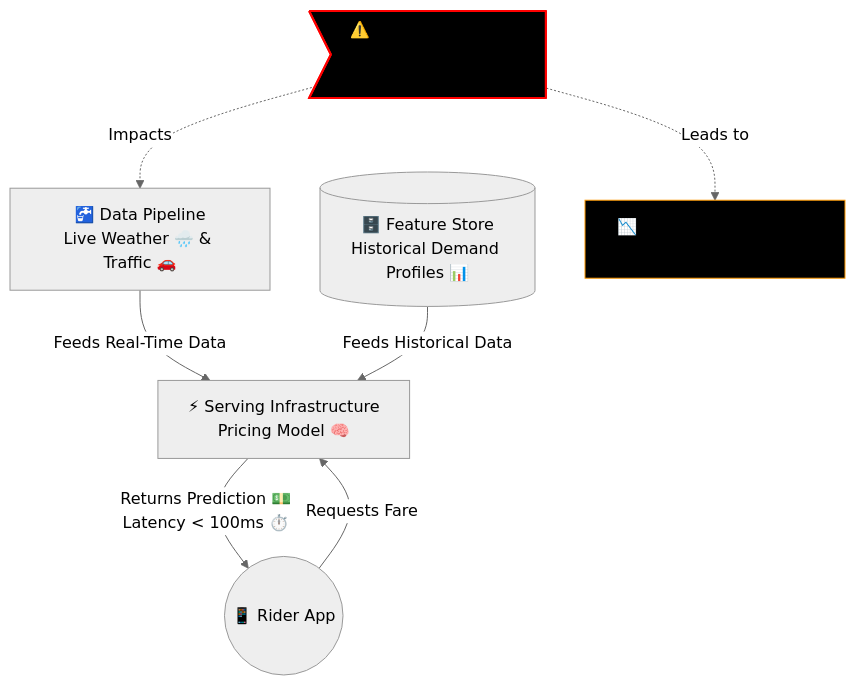
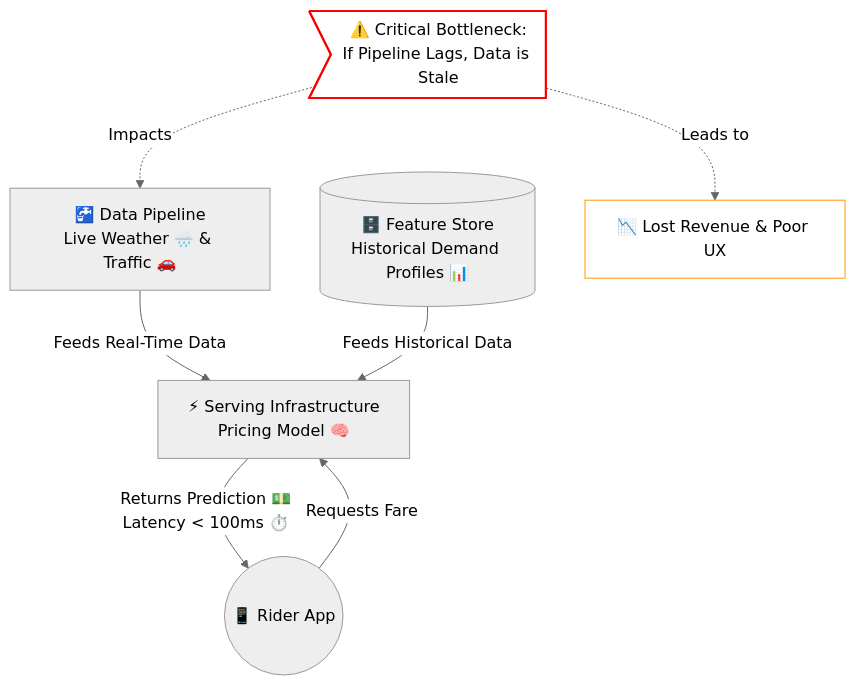
Before and after one commit to ga-curriculum/intro-to-ai-system-operations: the second of 3 diagrams in README.md, drawn with Mermaid (neutral theme). The commit also changed other lines of this file, not shown here.

````diff
--- a/README.md
+++ b/README.md
@@ -82,30 +82,30 @@
 ```mermaid
 flowchart TD
     %% Inputs
     DP[🚰 Data Pipeline<br/>Live Weather 🌧️ & Traffic 🚗]
     FS[(🗄️ Feature Store<br/>Historical Demand Profiles 📊)]
     
     %% Core Engine
     SI[⚡ Serving Infrastructure<br/>Pricing Model 🧠]
     
     %% Output/Consumer
     User((📱 Rider App))
     
     %% Failure Mode
     Warning>⚠️ Critical Bottleneck:<br/>If Pipeline Lags, Data is Stale]
     Result[📉 Lost Revenue & Poor UX]
     
     %% Connections
     DP -->|Feeds Real-Time Data| SI
     FS -->|Feeds Historical Data| SI
     User -->|Requests Fare| SI
     SI -->|Returns Prediction 💵<br/>Latency < 100ms ⏱️| User
     
     %% Failure Path Connections
     Warning -.->|Impacts| DP
     Warning -.->|Leads to| Result
     
     %% Styling for emphasis
-    style Warning fill:#000000,stroke:#ff0000,stroke-width:2px
-    style Result fill:#000000,stroke:#ff9900
+    style Warning fill:#ffffff,stroke:#ff0000,stroke-width:2px
+    style Result fill:#ffffff,stroke:#ff9900
 ```
````
